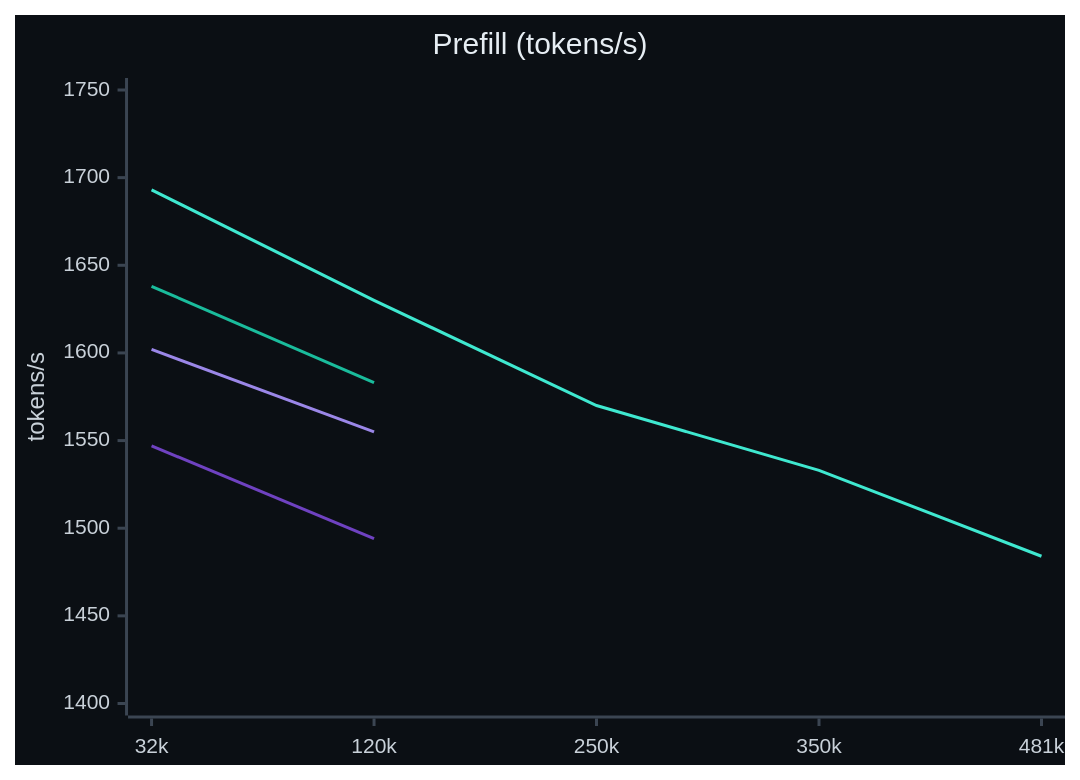
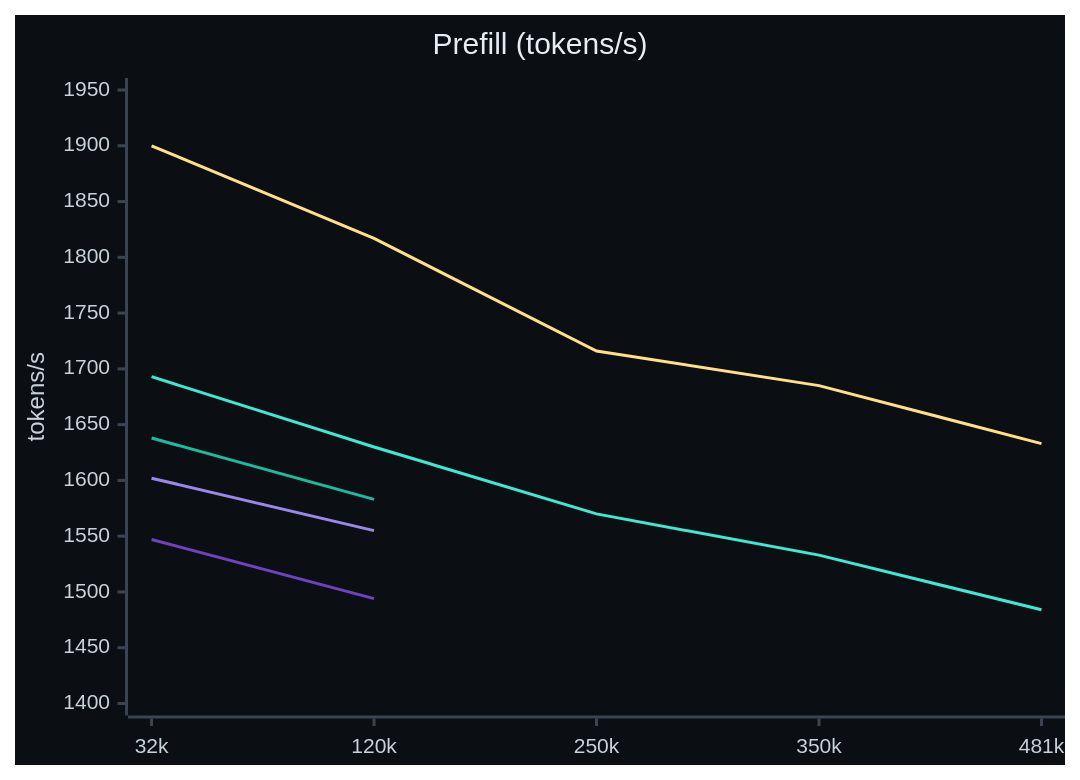
Before and after one commit to Cheblan/strixite: the first of 2 diagrams in README.md, drawn with Mermaid. The commit also changed other lines of this file, not shown here.

````diff
--- a/README.md
+++ b/README.md
@@ -29,11 +30,12 @@
 ```mermaid
-%%{init: {"theme": "base", "themeVariables": {"xyChart": {"backgroundColor": "#0b0f14", "titleColor": "#e6edf3", "xAxisLabelColor": "#c9d1d9", "yAxisLabelColor": "#c9d1d9", "xAxisTitleColor": "#c9d1d9", "yAxisTitleColor": "#c9d1d9", "xAxisLineColor": "#3b4552", "yAxisLineColor": "#3b4552", "xAxisTickColor": "#3b4552", "yAxisTickColor": "#3b4552", "plotColorPalette": "#6f42c1, #9b87e8, #1abc9c, #3fe8d0"}}}}%%
+%%{init: {"theme": "base", "themeVariables": {"xyChart": {"backgroundColor": "#0b0f14", "titleColor": "#e6edf3", "xAxisLabelColor": "#c9d1d9", "yAxisLabelColor": "#c9d1d9", "xAxisTitleColor": "#c9d1d9", "yAxisTitleColor": "#c9d1d9", "xAxisLineColor": "#3b4552", "yAxisLineColor": "#3b4552", "xAxisTickColor": "#3b4552", "yAxisTickColor": "#3b4552", "plotColorPalette": "#6f42c1, #9b87e8, #1abc9c, #3fe8d0, #ffe083"}}}}%%
 xychart-beta
     title "Prefill (tokens/s)"
     x-axis ["32k", "120k", "250k", "350k", "481k"]
-    y-axis "tokens/s" 1400 --> 1750
+    y-axis "tokens/s" 1400 --> 1950
     line [1547, 1494]
     line [1602, 1555]
     line [1638, 1583]
     line [1693, 1630, 1570, 1533, 1484]
+    line [1900, 1817, 1716, 1685, 1633]
 ```
````
